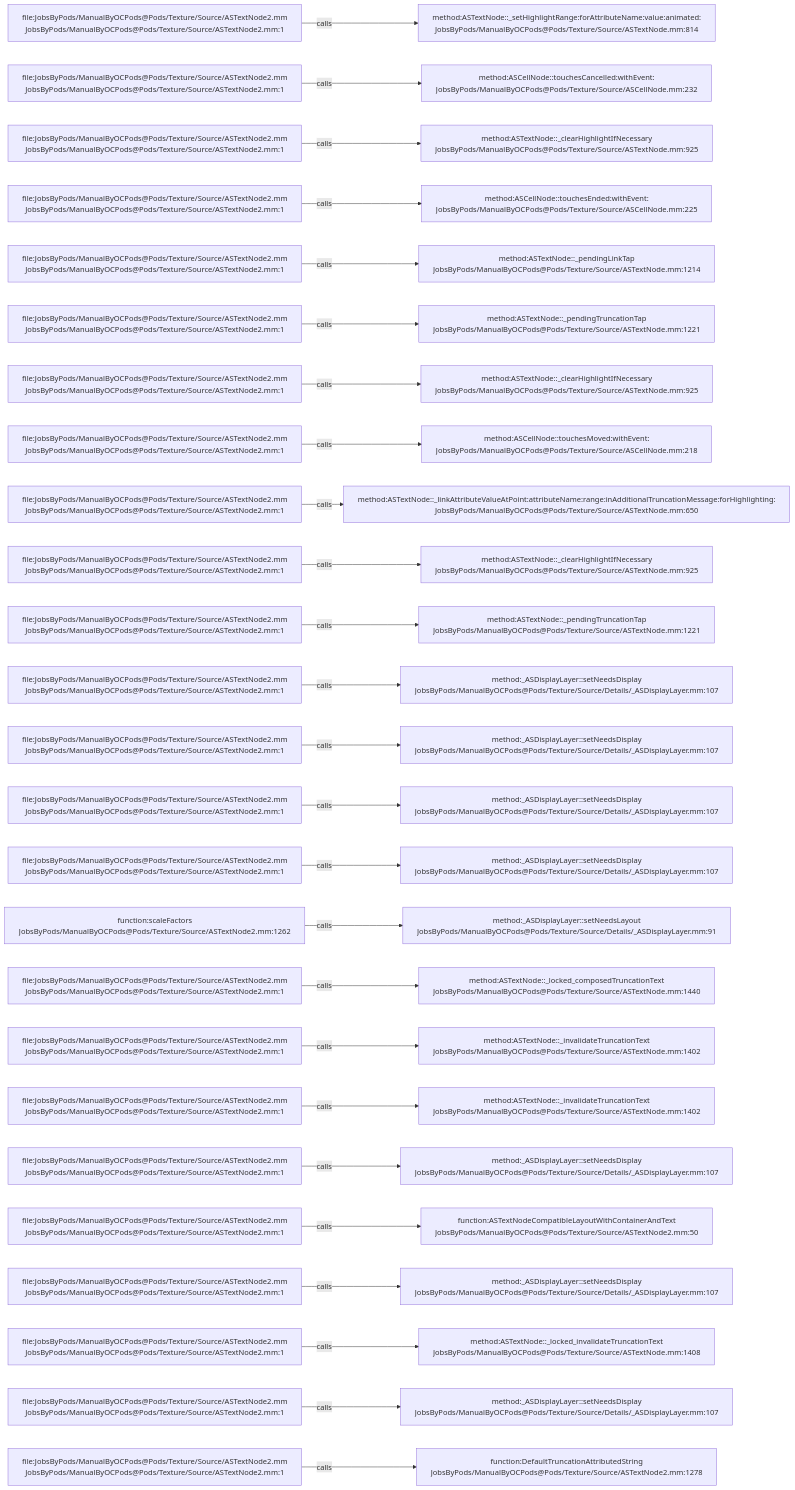
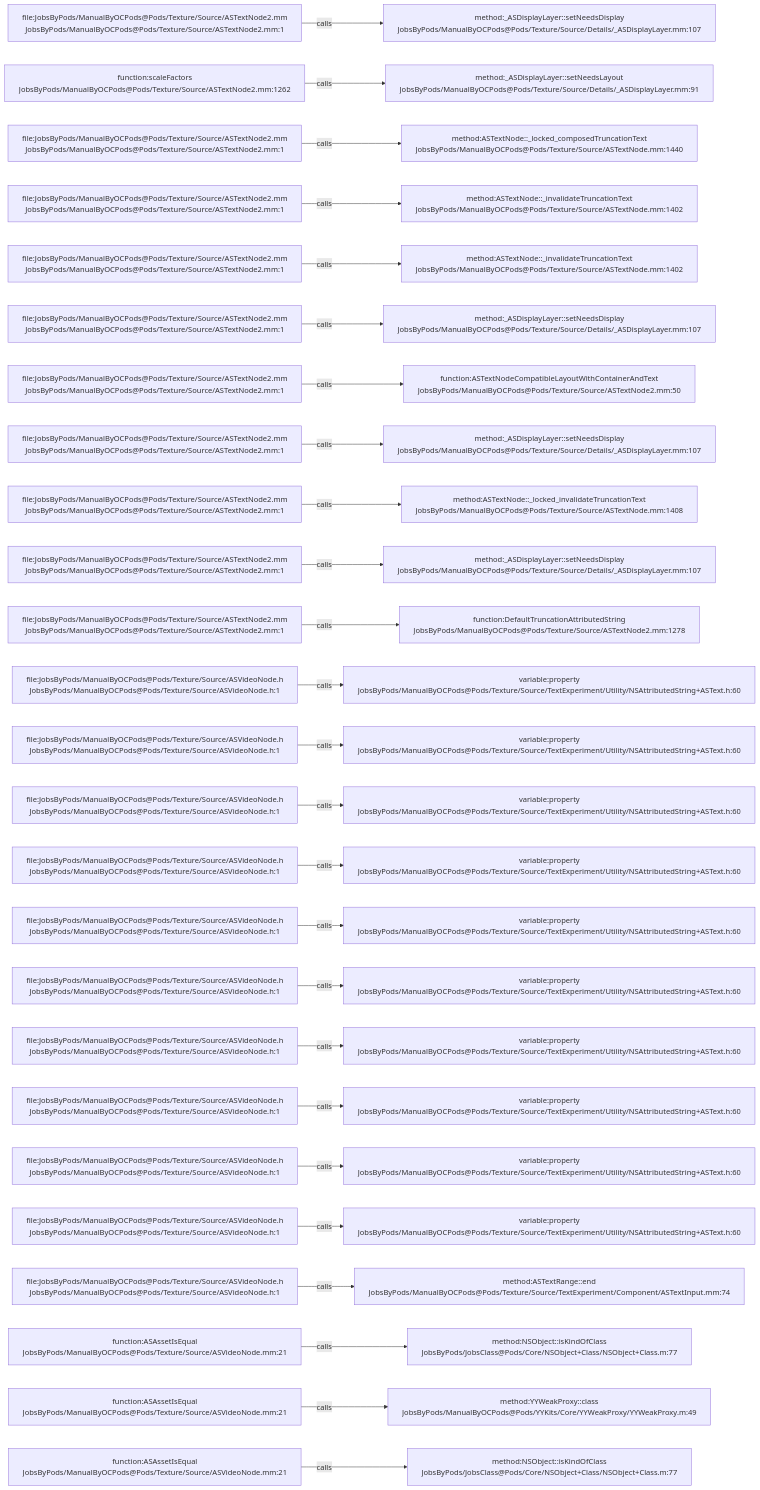
One commit to JobsKits/JobsOCBaseConfigDemo changed the diagram in .codegraph/codegraph.md/graphs/calls-143.md. Above: the diagram before and after it, drawn with Mermaid. The commit also changed 296 other files, not shown here.

````diff
--- a/.codegraph/codegraph.md/graphs/calls-143.md
+++ b/.codegraph/codegraph.md/graphs/calls-143.md
@@ -13,78 +13,78 @@
 ```mermaid
 flowchart LR
   S1["file:JobsByPods/ManualByOCPods@Pods/Texture/Source/ASTextNode2.mm<br/>JobsByPods/ManualByOCPods@Pods/Texture/Source/ASTextNode2.mm:1"]
-  T1["method:ASTextNode::_setHighlightRange:forAttributeName:value:animated:<br/>JobsByPods/ManualByOCPods@Pods/Texture/Source/ASTextNode.mm:814"]
+  T1["method:_ASDisplayLayer::setNeedsDisplay<br/>JobsByPods/ManualByOCPods@Pods/Texture/Source/Details/_ASDisplayLayer.mm:107"]
   S1 -->|calls| T1
-  S2["file:JobsByPods/ManualByOCPods@Pods/Texture/Source/ASTextNode2.mm<br/>JobsByPods/ManualByOCPods@Pods/Texture/Source/ASTextNode2.mm:1"]
-  T2["method:ASCellNode::touchesCancelled:withEvent:<br/>JobsByPods/ManualByOCPods@Pods/Texture/Source/ASCellNode.mm:232"]
+  S2["function:scaleFactors<br/>JobsByPods/ManualByOCPods@Pods/Texture/Source/ASTextNode2.mm:1262"]
+  T2["method:_ASDisplayLayer::setNeedsLayout<br/>JobsByPods/ManualByOCPods@Pods/Texture/Source/Details/_ASDisplayLayer.mm:91"]
   S2 -->|calls| T2
   S3["file:JobsByPods/ManualByOCPods@Pods/Texture/Source/ASTextNode2.mm<br/>JobsByPods/ManualByOCPods@Pods/Texture/Source/ASTextNode2.mm:1"]
-  T3["method:ASTextNode::_clearHighlightIfNecessary<br/>JobsByPods/ManualByOCPods@Pods/Texture/Source/ASTextNode.mm:925"]
+  T3["method:ASTextNode::_locked_composedTruncationText<br/>JobsByPods/ManualByOCPods@Pods/Texture/Source/ASTextNode.mm:1440"]
   S3 -->|calls| T3
   S4["file:JobsByPods/ManualByOCPods@Pods/Texture/Source/ASTextNode2.mm<br/>JobsByPods/ManualByOCPods@Pods/Texture/Source/ASTextNode2.mm:1"]
-  T4["method:ASCellNode::touchesEnded:withEvent:<br/>JobsByPods/ManualByOCPods@Pods/Texture/Source/ASCellNode.mm:225"]
+  T4["method:ASTextNode::_invalidateTruncationText<br/>JobsByPods/ManualByOCPods@Pods/Texture/Source/ASTextNode.mm:1402"]
   S4 -->|calls| T4
   S5["file:JobsByPods/ManualByOCPods@Pods/Texture/Source/ASTextNode2.mm<br/>JobsByPods/ManualByOCPods@Pods/Texture/Source/ASTextNode2.mm:1"]
-  T5["method:ASTextNode::_pendingLinkTap<br/>JobsByPods/ManualByOCPods@Pods/Texture/Source/ASTextNode.mm:1214"]
+  T5["method:ASTextNode::_invalidateTruncationText<br/>JobsByPods/ManualByOCPods@Pods/Texture/Source/ASTextNode.mm:1402"]
   S5 -->|calls| T5
   S6["file:JobsByPods/ManualByOCPods@Pods/Texture/Source/ASTextNode2.mm<br/>JobsByPods/ManualByOCPods@Pods/Texture/Source/ASTextNode2.mm:1"]
-  T6["method:ASTextNode::_pendingTruncationTap<br/>JobsByPods/ManualByOCPods@Pods/Texture/Source/ASTextNode.mm:1221"]
+  T6["method:_ASDisplayLayer::setNeedsDisplay<br/>JobsByPods/ManualByOCPods@Pods/Texture/Source/Details/_ASDisplayLayer.mm:107"]
   S6 -->|calls| T6
   S7["file:JobsByPods/ManualByOCPods@Pods/Texture/Source/ASTextNode2.mm<br/>JobsByPods/ManualByOCPods@Pods/Texture/Source/ASTextNode2.mm:1"]
-  T7["method:ASTextNode::_clearHighlightIfNecessary<br/>JobsByPods/ManualByOCPods@Pods/Texture/Source/ASTextNode.mm:925"]
+  T7["function:ASTextNodeCompatibleLayoutWithContainerAndText<br/>JobsByPods/ManualByOCPods@Pods/Texture/Source/ASTextNode2.mm:50"]
   S7 -->|calls| T7
   S8["file:JobsByPods/ManualByOCPods@Pods/Texture/Source/ASTextNode2.mm<br/>JobsByPods/ManualByOCPods@Pods/Texture/Source/ASTextNode2.mm:1"]
-  T8["method:ASCellNode::touchesMoved:withEvent:<br/>JobsByPods/ManualByOCPods@Pods/Texture/Source/ASCellNode.mm:218"]
+  T8["method:_ASDisplayLayer::setNeedsDisplay<br/>JobsByPods/ManualByOCPods@Pods/Texture/Source/Details/_ASDisplayLayer.mm:107"]
   S8 -->|calls| T8
   S9["file:JobsByPods/ManualByOCPods@Pods/Texture/Source/ASTextNode2.mm<br/>JobsByPods/ManualByOCPods@Pods/Texture/Source/ASTextNode2.mm:1"]
-  T9["method:ASTextNode::_linkAttributeValueAtPoint:attributeName:range:inAdditionalTruncationMessage:forHighlighting:<br/>JobsByPods/ManualByOCPods@Pods/Texture/Source/ASTextNode.mm:650"]
+  T9["method:ASTextNode::_locked_invalidateTruncationText<br/>JobsByPods/ManualByOCPods@Pods/Texture/Source/ASTextNode.mm:1408"]
   S9 -->|calls| T9
   S10["file:JobsByPods/ManualByOCPods@Pods/Texture/Source/ASTextNode2.mm<br/>JobsByPods/ManualByOCPods@Pods/Texture/Source/ASTextNode2.mm:1"]
-  T10["method:ASTextNode::_clearHighlightIfNecessary<br/>JobsByPods/ManualByOCPods@Pods/Texture/Source/ASTextNode.mm:925"]
+  T10["method:_ASDisplayLayer::setNeedsDisplay<br/>JobsByPods/ManualByOCPods@Pods/Texture/Source/Details/_ASDisplayLayer.mm:107"]
   S10 -->|calls| T10
   S11["file:JobsByPods/ManualByOCPods@Pods/Texture/Source/ASTextNode2.mm<br/>JobsByPods/ManualByOCPods@Pods/Texture/Source/ASTextNode2.mm:1"]
-  T11["method:ASTextNode::_pendingTruncationTap<br/>JobsByPods/ManualByOCPods@Pods/Texture/Source/ASTextNode.mm:1221"]
+  T11["function:DefaultTruncationAttributedString<br/>JobsByPods/ManualByOCPods@Pods/Texture/Source/ASTextNode2.mm:1278"]
   S11 -->|calls| T11
-  S12["file:JobsByPods/ManualByOCPods@Pods/Texture/Source/ASTextNode2.mm<br/>JobsByPods/ManualByOCPods@Pods/Texture/Source/ASTextNode2.mm:1"]
-  T12["method:_ASDisplayLayer::setNeedsDisplay<br/>JobsByPods/ManualByOCPods@Pods/Texture/Source/Details/_ASDisplayLayer.mm:107"]
+  S12["file:JobsByPods/ManualByOCPods@Pods/Texture/Source/ASVideoNode.h<br/>JobsByPods/ManualByOCPods@Pods/Texture/Source/ASVideoNode.h:1"]
+  T12["variable:property<br/>JobsByPods/ManualByOCPods@Pods/Texture/Source/TextExperiment/Utility/NSAttributedString+ASText.h:60"]
   S12 -->|calls| T12
-  S13["file:JobsByPods/ManualByOCPods@Pods/Texture/Source/ASTextNode2.mm<br/>JobsByPods/ManualByOCPods@Pods/Texture/Source/ASTextNode2.mm:1"]
-  T13["method:_ASDisplayLayer::setNeedsDisplay<br/>JobsByPods/ManualByOCPods@Pods/Texture/Source/Details/_ASDisplayLayer.mm:107"]
+  S13["file:JobsByPods/ManualByOCPods@Pods/Texture/Source/ASVideoNode.h<br/>JobsByPods/ManualByOCPods@Pods/Texture/Source/ASVideoNode.h:1"]
+  T13["variable:property<br/>JobsByPods/ManualByOCPods@Pods/Texture/Source/TextExperiment/Utility/NSAttributedString+ASText.h:60"]
   S13 -->|calls| T13
-  S14["file:JobsByPods/ManualByOCPods@Pods/Texture/Source/ASTextNode2.mm<br/>JobsByPods/ManualByOCPods@Pods/Texture/Source/ASTextNode2.mm:1"]
-  T14["method:_ASDisplayLayer::setNeedsDisplay<br/>JobsByPods/ManualByOCPods@Pods/Texture/Source/Details/_ASDisplayLayer.mm:107"]
+  S14["file:JobsByPods/ManualByOCPods@Pods/Texture/Source/ASVideoNode.h<br/>JobsByPods/ManualByOCPods@Pods/Texture/Source/ASVideoNode.h:1"]
+  T14["variable:property<br/>JobsByPods/ManualByOCPods@Pods/Texture/Source/TextExperiment/Utility/NSAttributedString+ASText.h:60"]
   S14 -->|calls| T14
-  S15["file:JobsByPods/ManualByOCPods@Pods/Texture/Source/ASTextNode2.mm<br/>JobsByPods/ManualByOCPods@Pods/Texture/Source/ASTextNode2.mm:1"]
-  T15["method:_ASDisplayLayer::setNeedsDisplay<br/>JobsByPods/ManualByOCPods@Pods/Texture/Source/Details/_ASDisplayLayer.mm:107"]
+  S15["file:JobsByPods/ManualByOCPods@Pods/Texture/Source/ASVideoNode.h<br/>JobsByPods/ManualByOCPods@Pods/Texture/Source/ASVideoNode.h:1"]
+  T15["variable:property<br/>JobsByPods/ManualByOCPods@Pods/Texture/Source/TextExperiment/Utility/NSAttributedString+ASText.h:60"]
   S15 -->|calls| T15
-  S16["function:scaleFactors<br/>JobsByPods/ManualByOCPods@Pods/Texture/Source/ASTextNode2.mm:1262"]
-  T16["method:_ASDisplayLayer::setNeedsLayout<br/>JobsByPods/ManualByOCPods@Pods/Texture/Source/Details/_ASDisplayLayer.mm:91"]
+  S16["file:JobsByPods/ManualByOCPods@Pods/Texture/Source/ASVideoNode.h<br/>JobsByPods/ManualByOCPods@Pods/Texture/Source/ASVideoNode.h:1"]
+  T16["variable:property<br/>JobsByPods/ManualByOCPods@Pods/Texture/Source/TextExperiment/Utility/NSAttributedString+ASText.h:60"]
   S16 -->|calls| T16
-  S17["file:JobsByPods/ManualByOCPods@Pods/Texture/Source/ASTextNode2.mm<br/>JobsByPods/ManualByOCPods@Pods/Texture/Source/ASTextNode2.mm:1"]
-  T17["method:ASTextNode::_locked_composedTruncationText<br/>JobsByPods/ManualByOCPods@Pods/Texture/Source/ASTextNode.mm:1440"]
+  S17["file:JobsByPods/ManualByOCPods@Pods/Texture/Source/ASVideoNode.h<br/>JobsByPods/ManualByOCPods@Pods/Texture/Source/ASVideoNode.h:1"]
+  T17["variable:property<br/>JobsByPods/ManualByOCPods@Pods/Texture/Source/TextExperiment/Utility/NSAttributedString+ASText.h:60"]
   S17 -->|calls| T17
-  S18["file:JobsByPods/ManualByOCPods@Pods/Texture/Source/ASTextNode2.mm<br/>JobsByPods/ManualByOCPods@Pods/Texture/Source/ASTextNode2.mm:1"]
-  T18["method:ASTextNode::_invalidateTruncationText<br/>JobsByPods/ManualByOCPods@Pods/Texture/Source/ASTextNode.mm:1402"]
+  S18["file:JobsByPods/ManualByOCPods@Pods/Texture/Source/ASVideoNode.h<br/>JobsByPods/ManualByOCPods@Pods/Texture/Source/ASVideoNode.h:1"]
+  T18["variable:property<br/>JobsByPods/ManualByOCPods@Pods/Texture/Source/TextExperiment/Utility/NSAttributedString+ASText.h:60"]
   S18 -->|calls| T18
-  S19["file:JobsByPods/ManualByOCPods@Pods/Texture/Source/ASTextNode2.mm<br/>JobsByPods/ManualByOCPods@Pods/Texture/Source/ASTextNode2.mm:1"]
-  T19["method:ASTextNode::_invalidateTruncationText<br/>JobsByPods/ManualByOCPods@Pods/Texture/Source/ASTextNode.mm:1402"]
+  S19["file:JobsByPods/ManualByOCPods@Pods/Texture/Source/ASVideoNode.h<br/>JobsByPods/ManualByOCPods@Pods/Texture/Source/ASVideoNode.h:1"]
+  T19["variable:property<br/>JobsByPods/ManualByOCPods@Pods/Texture/Source/TextExperiment/Utility/NSAttributedString+ASText.h:60"]
   S19 -->|calls| T19
-  S20["file:JobsByPods/ManualByOCPods@Pods/Texture/Source/ASTextNode2.mm<br/>JobsByPods/ManualByOCPods@Pods/Texture/Source/ASTextNode2.mm:1"]
-  T20["method:_ASDisplayLayer::setNeedsDisplay<br/>JobsByPods/ManualByOCPods@Pods/Texture/Source/Details/_ASDisplayLayer.mm:107"]
+  S20["file:JobsByPods/ManualByOCPods@Pods/Texture/Source/ASVideoNode.h<br/>JobsByPods/ManualByOCPods@Pods/Texture/Source/ASVideoNode.h:1"]
+  T20["variable:property<br/>JobsByPods/ManualByOCPods@Pods/Texture/Source/TextExperiment/Utility/NSAttributedString+ASText.h:60"]
   S20 -->|calls| T20
-  S21["file:JobsByPods/ManualByOCPods@Pods/Texture/Source/ASTextNode2.mm<br/>JobsByPods/ManualByOCPods@Pods/Texture/Source/ASTextNode2.mm:1"]
-  T21["function:ASTextNodeCompatibleLayoutWithContainerAndText<br/>JobsByPods/ManualByOCPods@Pods/Texture/Source/ASTextNode2.mm:50"]
+  S21["file:JobsByPods/ManualByOCPods@Pods/Texture/Source/ASVideoNode.h<br/>JobsByPods/ManualByOCPods@Pods/Texture/Source/ASVideoNode.h:1"]
+  T21["variable:property<br/>JobsByPods/ManualByOCPods@Pods/Texture/Source/TextExperiment/Utility/NSAttributedString+ASText.h:60"]
   S21 -->|calls| T21
-  S22["file:JobsByPods/ManualByOCPods@Pods/Texture/Source/ASTextNode2.mm<br/>JobsByPods/ManualByOCPods@Pods/Texture/Source/ASTextNode2.mm:1"]
-  T22["method:_ASDisplayLayer::setNeedsDisplay<br/>JobsByPods/ManualByOCPods@Pods/Texture/Source/Details/_ASDisplayLayer.mm:107"]
+  S22["file:JobsByPods/ManualByOCPods@Pods/Texture/Source/ASVideoNode.h<br/>JobsByPods/ManualByOCPods@Pods/Texture/Source/ASVideoNode.h:1"]
+  T22["method:ASTextRange::end<br/>JobsByPods/ManualByOCPods@Pods/Texture/Source/TextExperiment/Component/ASTextInput.mm:74"]
   S22 -->|calls| T22
-  S23["file:JobsByPods/ManualByOCPods@Pods/Texture/Source/ASTextNode2.mm<br/>JobsByPods/ManualByOCPods@Pods/Texture/Source/ASTextNode2.mm:1"]
-  T23["method:ASTextNode::_locked_invalidateTruncationText<br/>JobsByPods/ManualByOCPods@Pods/Texture/Source/ASTextNode.mm:1408"]
+  S23["function:ASAssetIsEqual<br/>JobsByPods/ManualByOCPods@Pods/Texture/Source/ASVideoNode.mm:21"]
+  T23["method:NSObject::isKindOfClass<br/>JobsByPods/JobsClass@Pods/Core/NSObject+Class/NSObject+Class.m:77"]
   S23 -->|calls| T23
-  S24["file:JobsByPods/ManualByOCPods@Pods/Texture/Source/ASTextNode2.mm<br/>JobsByPods/ManualByOCPods@Pods/Texture/Source/ASTextNode2.mm:1"]
-  T24["method:_ASDisplayLayer::setNeedsDisplay<br/>JobsByPods/ManualByOCPods@Pods/Texture/Source/Details/_ASDisplayLayer.mm:107"]
+  S24["function:ASAssetIsEqual<br/>JobsByPods/ManualByOCPods@Pods/Texture/Source/ASVideoNode.mm:21"]
+  T24["method:YYWeakProxy::class<br/>JobsByPods/ManualByOCPods@Pods/YYKits/Core/YYWeakProxy/YYWeakProxy.m:49"]
   S24 -->|calls| T24
-  S25["file:JobsByPods/ManualByOCPods@Pods/Texture/Source/ASTextNode2.mm<br/>JobsByPods/ManualByOCPods@Pods/Texture/Source/ASTextNode2.mm:1"]
-  T25["function:DefaultTruncationAttributedString<br/>JobsByPods/ManualByOCPods@Pods/Texture/Source/ASTextNode2.mm:1278"]
+  S25["function:ASAssetIsEqual<br/>JobsByPods/ManualByOCPods@Pods/Texture/Source/ASVideoNode.mm:21"]
+  T25["method:NSObject::isKindOfClass<br/>JobsByPods/JobsClass@Pods/Core/NSObject+Class/NSObject+Class.m:77"]
   S25 -->|calls| T25
 ```
````
